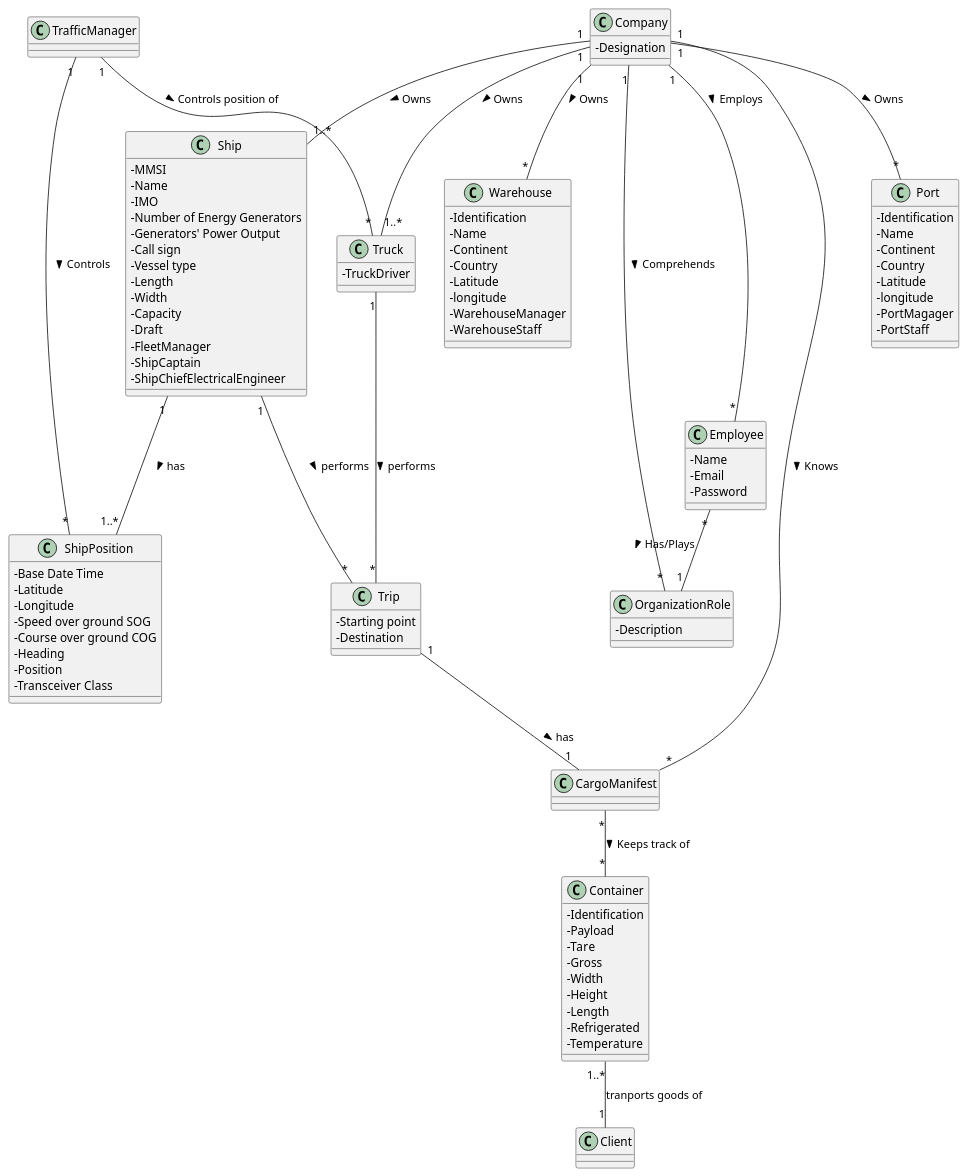
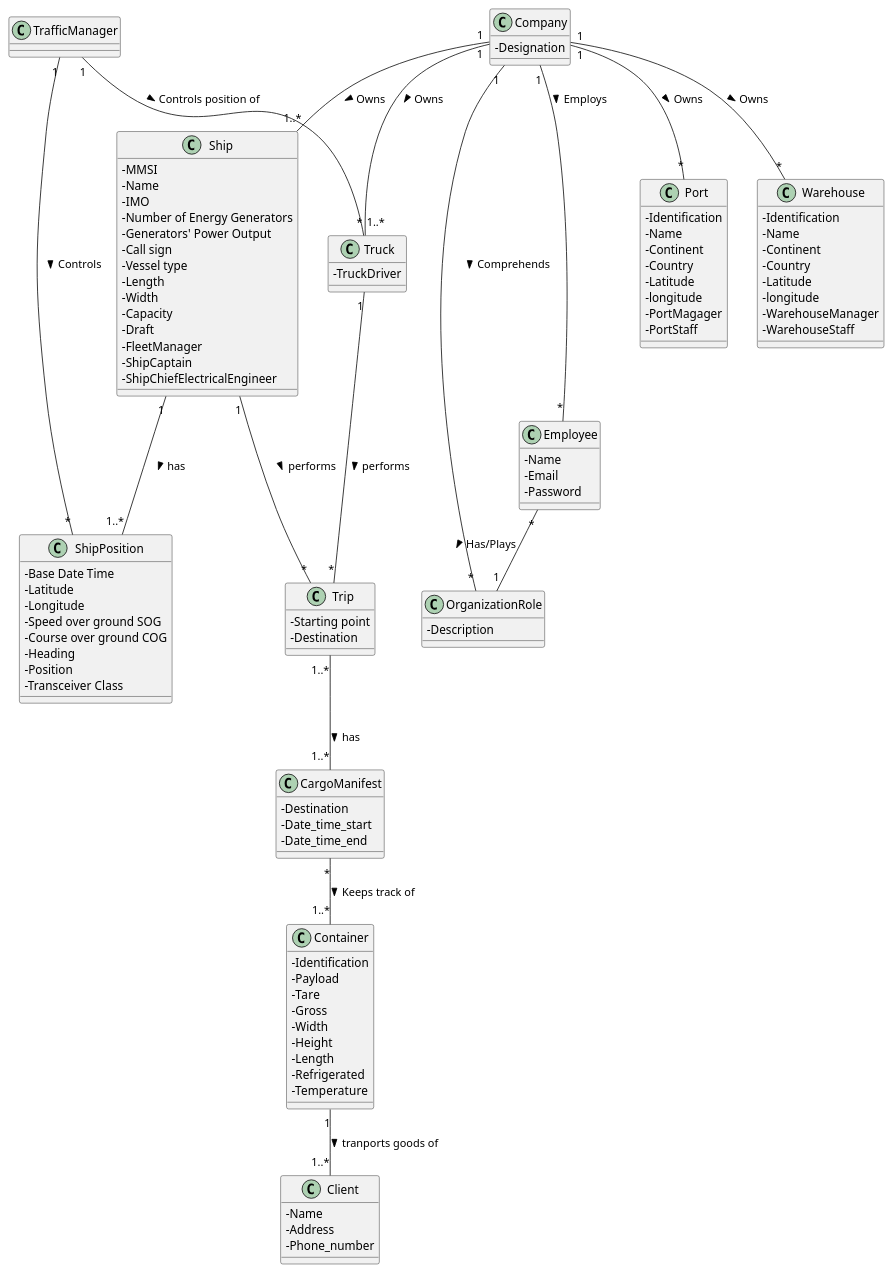
The diagram in docs/Sprint 2/Domain Model/Domain Model.puml (1190772/LAB-Project-3), drawn with PlantUML before and after one commit. The commit also changed 1 other file, not shown here.

```diff
--- a/docs/Sprint 2/Domain Model/Domain Model.puml
+++ b/docs/Sprint 2/Domain Model/Domain Model.puml
@@ -1,115 +1,122 @@
 @startuml
 'https://plantuml.com/class-diagram
 
 skinparam classAttributeIconSize 0
 
 class Company {
 -Designation
 }
 
 class Container {
 -Identification
 -Payload
 -Tare
 -Gross
 -Width
 -Height
 -Length
 -Refrigerated
 -Temperature
 }
 
 class Ship {
 -MMSI
 -Name
 -IMO
 -Number of Energy Generators
 -Generators' Power Output
 -Call sign
 -Vessel type
 -Length
 -Width
 -Capacity
 -Draft
 -FleetManager
 -ShipCaptain
 -ShipChiefElectricalEngineer
 }
 
 class ShipPosition {
 -Base Date Time
 -Latitude
 -Longitude
 -Speed over ground SOG
 -Course over ground COG
 -Heading
 -Position
 -Transceiver Class
 }
 
 class Truck {
 -TruckDriver
 }
 
-class Client
+class Client {
+-Name
+-Address
+-Phone_number
+}
 
 class Port {
 -Identification
 -Name
 -Continent
 -Country
 -Latitude
 -longitude
 -PortMagager
 -PortStaff
 }
 
 class Warehouse {
 -Identification
 -Name
 -Continent
 -Country
 -Latitude
 -longitude
 -WarehouseManager
 -WarehouseStaff
 }
 
 class Employee {
 -Name
 -Email
 -Password
 }
 
 class OrganizationRole {
 -Description
 }
 
 class TrafficManager
 
-class CargoManifest
+class CargoManifest {
+-Destination
+-Date_time_start
+-Date_time_end
+}
 
 class Trip {
 -Starting point
 -Destination
 }
 
 Company "1" -- "1..*" Ship : Owns >
 Company "1" -- "1..*" Truck : Owns >
 Company "1" -- "*" Port : Owns >
 Company "1" -- "*" Warehouse : Owns >
 Company "1" -- "*" Employee : Employs >
-Company "1" -- "*" CargoManifest : Knows >
 Company "1" --- "*" OrganizationRole : Comprehends >
 Employee "*" - "1" OrganizationRole : Has/Plays >
 Ship "1" -- "*" Trip : performs >
-Trip "1" -- "1" CargoManifest : has >
+Trip "1..*" -- "1..*" CargoManifest : has >
 Ship "1" -- "1..*" ShipPosition : has >
 TrafficManager "1" - "*" ShipPosition : Controls >
 TrafficManager "1" -- "*" Truck : Controls position of >
 Truck "1" -- "*" Trip : performs >
-CargoManifest "*" -- "*" Container : Keeps track of >
-Container "1..*" -- "1" Client : tranports goods of
+CargoManifest "*" -- "1..*" Container : Keeps track of >
+Container "1" -- "1..*" Client : tranports goods of >
 
 
 @enduml
```
